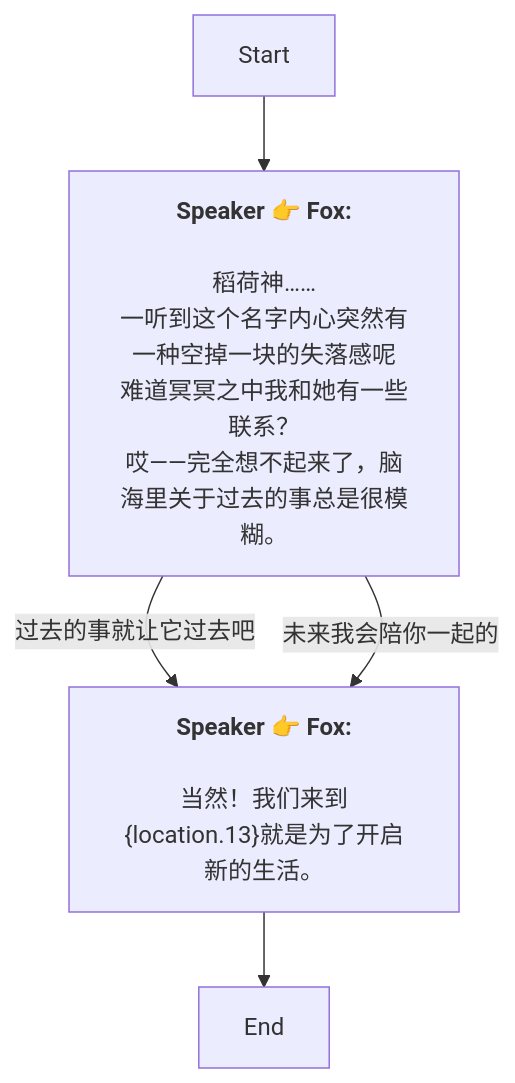
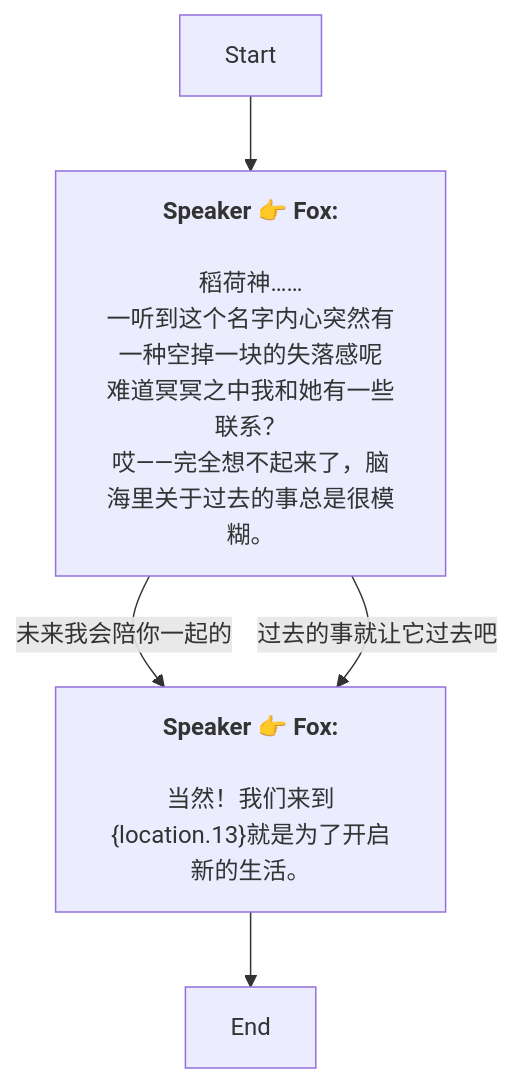
Before and after one commit to SoftHu/tos_avg: the diagram in Zh/AddDialogNode_1739681713559789.md, drawn with Mermaid. The commit also changed other lines of this file and 780 other files, not shown here.

````diff
--- a/Zh/AddDialogNode_1739681713559789.md
+++ b/Zh/AddDialogNode_1739681713559789.md
@@ -1,13 +1,13 @@
 ```mermaid
 graph
 Start -->1739682690791664[<b>Speaker 👉 Fox:</b>
 \n稻荷神……
 一听到这个名字内心突然有一种空掉一块的失落感呢
 难道冥冥之中我和她有一些联系？\n哎——完全想不起来了，脑海里关于过去的事总是很模糊。]
+1739682690791664 -->|未来我会陪你一起的|1739683298809078[<b>Speaker 👉 Fox:</b>
+\n当然！我们来到&lbrace;location.13&rbrace;就是为了开启新的生活。]
 1739682690791664 -->|过去的事就让它过去吧|1739683298809078[<b>Speaker 👉 Fox:</b>
-\n当然！我们来到&lbrace;location.13&rbrace;就是为了开启新的生活。]
-1739682690791664 -->|未来我会陪你一起的|1739683298809078[<b>Speaker 👉 Fox:</b>
 \n当然！我们来到&lbrace;location.13&rbrace;就是为了开启新的生活。]
 1739683298809078 -->1739683721411831[End]
 
 ```
````
